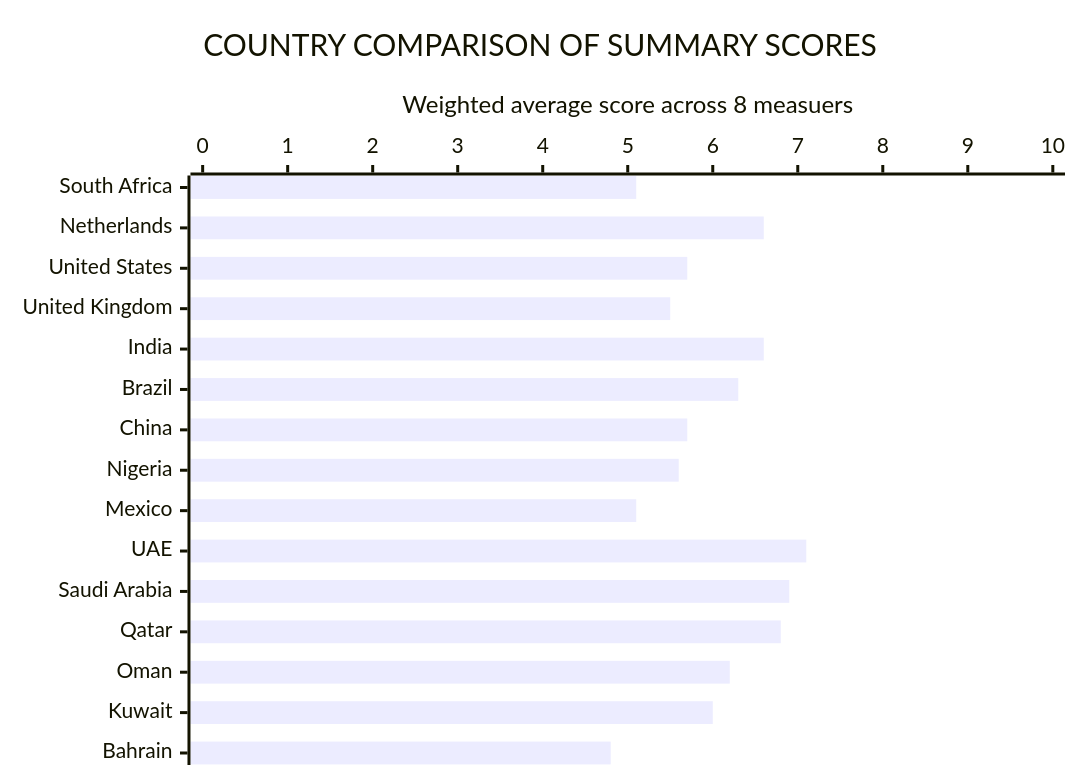
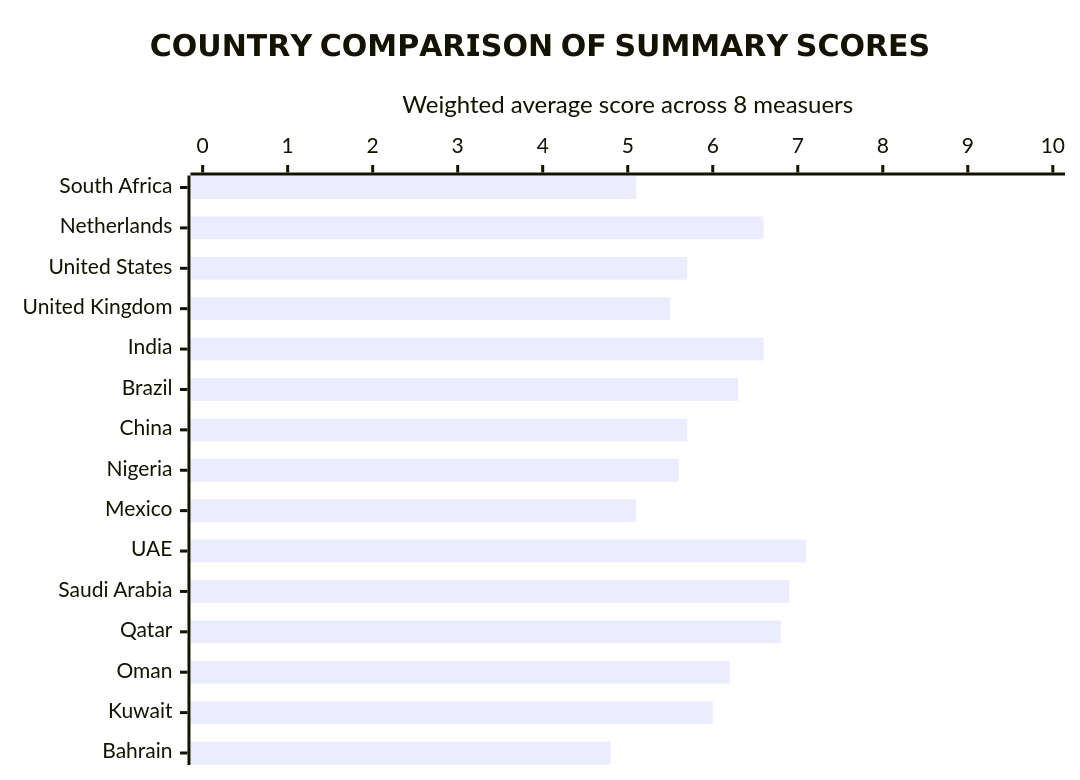
One commit to Tellusant/docs changed the second of 2 diagrams in articles-posts/economic-sentiment-zaf.md. Above: the diagram before and after it, drawn with Mermaid. The commit also changed other lines of this file, not shown here.

```diff
--- a/articles-posts/economic-sentiment-zaf.md
+++ b/articles-posts/economic-sentiment-zaf.md
@@ -61,9 +61,9 @@
-<div class="mermaid">
+<div class="mermaid" width="450">
 
 xychart-beta horizontal
-    title "COUNTRY COMPARISON OF SUMMARY SCORES"
+    title "𝗖𝗢𝗨𝗡𝗧𝗥𝗬 𝗖𝗢𝗠𝗣𝗔𝗥𝗜𝗦𝗢𝗡 𝗢𝗙 𝗦𝗨𝗠𝗠𝗔𝗥𝗬 𝗦𝗖𝗢𝗥𝗘𝗦"
     x-axis ["South Africa", "Netherlands", "United States", "United Kingdom", "India", "Brazil", "China", "Nigeria", "Mexico", "UAE","Saudi Arabia","Qatar","Oman","Kuwait","Bahrain"]
     y-axis "Weighted average score across 8 measuers" 0 --> 10
     bar [5.1,6.6, 5.7, 5.5, 6.6, 6.3, 5.7, 5.6, 5.1, 7.1, 6.9, 6.8, 6.2, 6.0, 4.8]
     
 </div>
```
